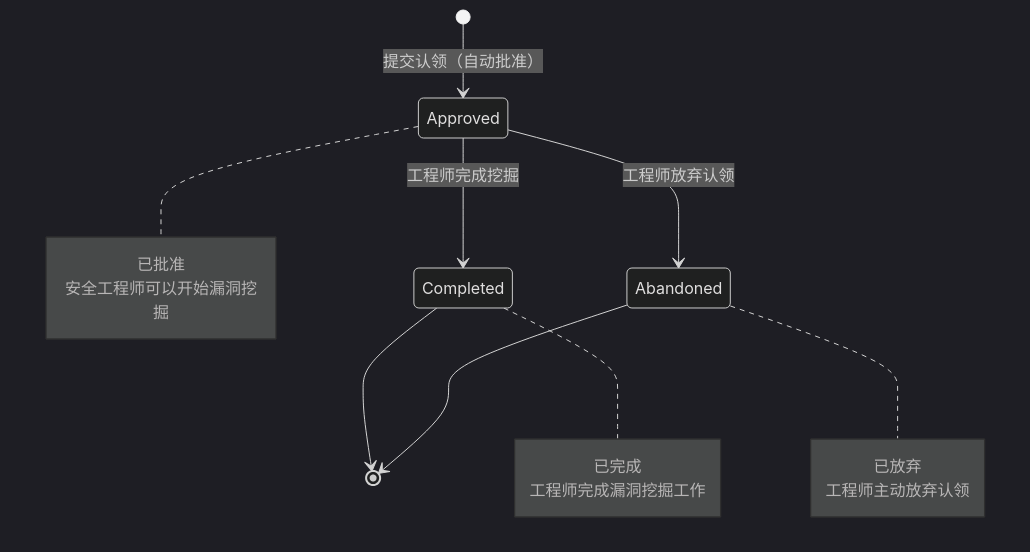
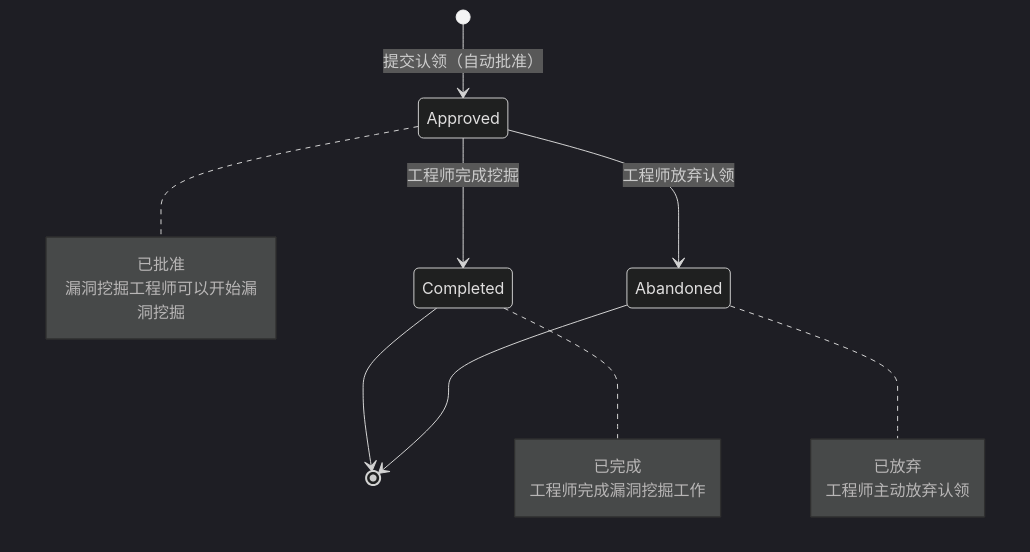
Before and after one commit to dayutech/Vuln-Audit-Lifecycle-Management: the ninth of 11 diagrams in docs/design/state_diagram.md, drawn with Mermaid (dark theme). The commit also changed other lines of this file and 11 other files, not shown here.

````diff
--- a/docs/design/state_diagram.md
+++ b/docs/design/state_diagram.md
@@ -317,23 +317,23 @@
 ```mermaid
 stateDiagram-v2
     [*] --> Approved: 提交认领（自动批准）
     Approved --> Completed: 工程师完成挖掘
     Approved --> Abandoned: 工程师放弃认领
     Completed --> [*]
     Abandoned --> [*]
     
     note right of Approved
         已批准
-        安全工程师可以开始漏洞挖掘
+        漏洞挖掘工程师可以开始漏洞挖掘
     end note
     
     note right of Completed
         已完成
         工程师完成漏洞挖掘工作
     end note
     
     note right of Abandoned
         已放弃
         工程师主动放弃认领
     end note
 ```
````
